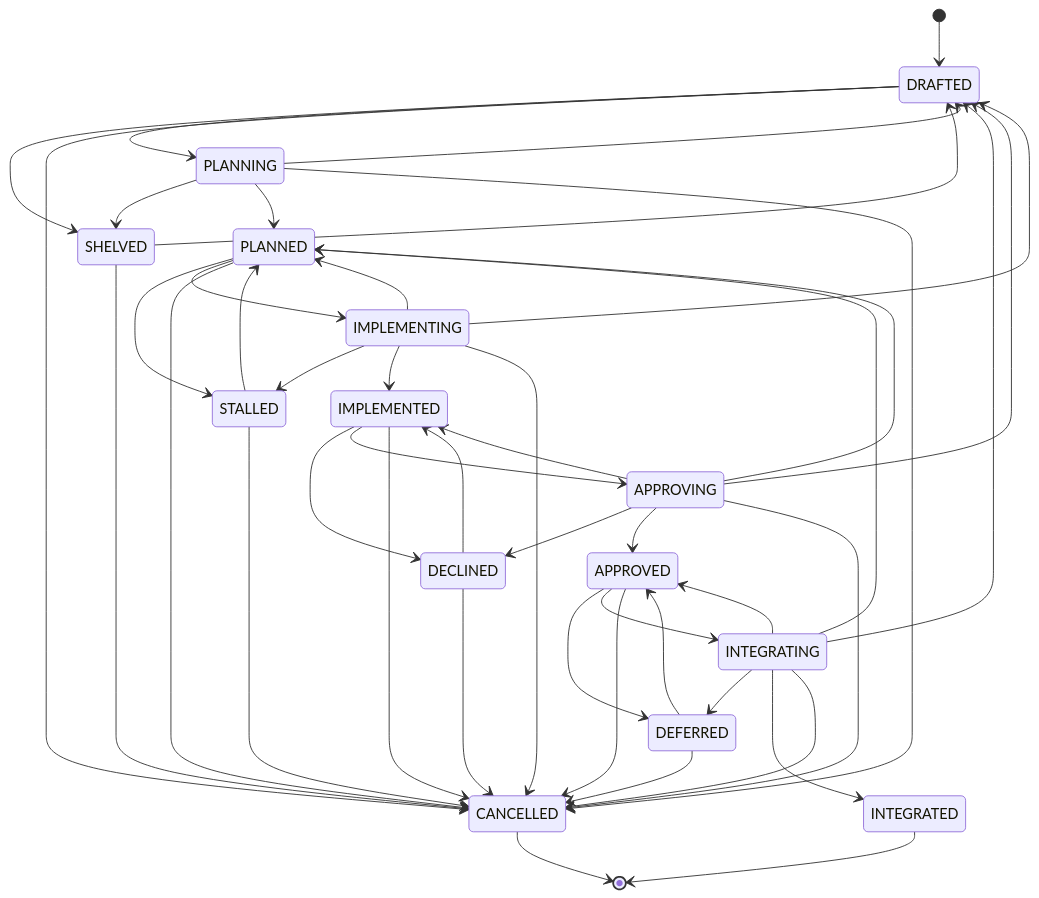
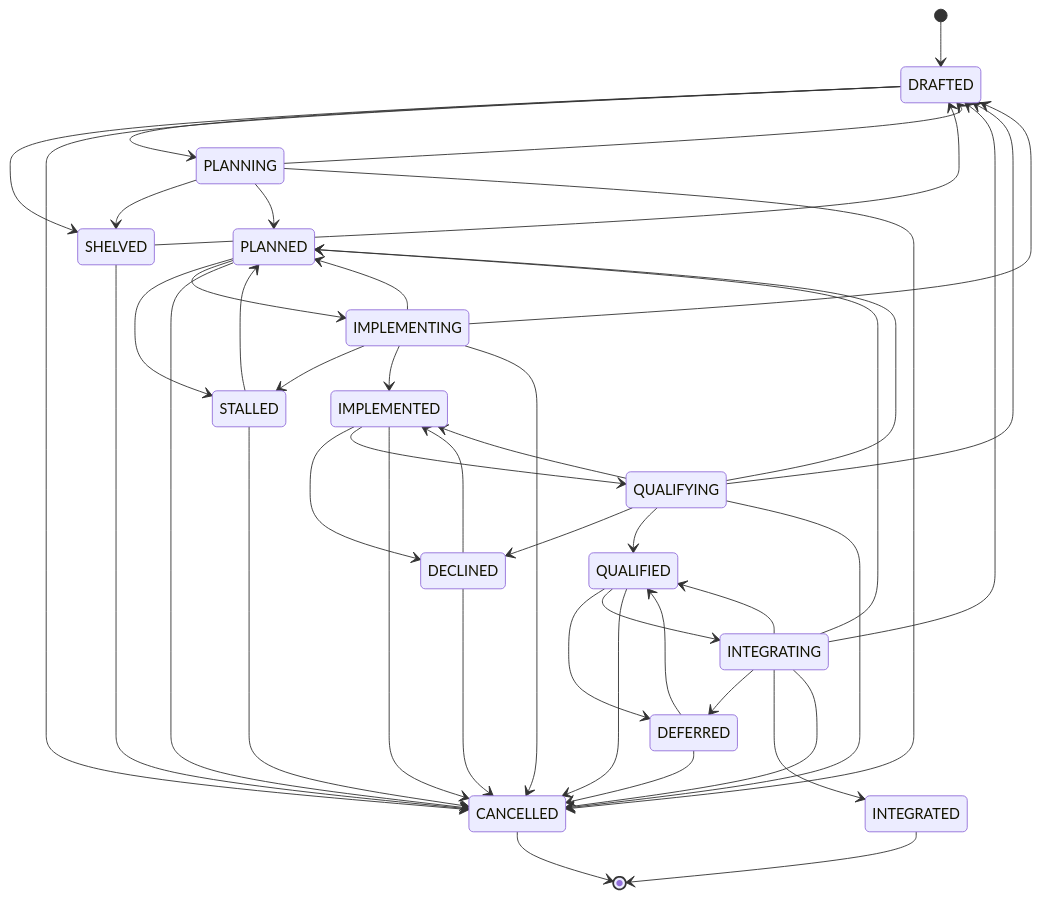
One commit to Brusdeylins/ase changed the third of 3 diagrams in plugin/meta/ase-format-task.md. Above: the diagram before and after it, drawn with Mermaid. The commit also changed other lines of this file and 36 other files, not shown here.

````diff
--- a/plugin/meta/ase-format-task.md
+++ b/plugin/meta/ase-format-task.md
@@ -568,54 +568,54 @@
 ```mermaid
 stateDiagram-v2
     [*]          --> DRAFTED
     DRAFTED      --> SHELVED
     SHELVED      --> DRAFTED
     DRAFTED      --> PLANNING
     PLANNING     --> DRAFTED
     PLANNING     --> SHELVED
 
     PLANNING     --> PLANNED
     PLANNED      --> STALLED
     STALLED      --> PLANNED
     PLANNED      --> IMPLEMENTING
     IMPLEMENTING --> PLANNED
     IMPLEMENTING --> STALLED
 
     IMPLEMENTING --> IMPLEMENTED
     IMPLEMENTED  --> DECLINED
     DECLINED     --> IMPLEMENTED
-    IMPLEMENTED  --> APPROVING
-    APPROVING    --> IMPLEMENTED
-    APPROVING    --> DECLINED
+    IMPLEMENTED  --> QUALIFYING
+    QUALIFYING   --> IMPLEMENTED
+    QUALIFYING   --> DECLINED
 
-    APPROVING    --> APPROVED
-    APPROVED     --> DEFERRED
-    DEFERRED     --> APPROVED
-    APPROVED     --> INTEGRATING
-    INTEGRATING  --> APPROVED
+    QUALIFYING   --> QUALIFIED
+    QUALIFIED    --> DEFERRED
+    DEFERRED     --> QUALIFIED
+    QUALIFIED    --> INTEGRATING
+    INTEGRATING  --> QUALIFIED
     INTEGRATING  --> DEFERRED
 
     INTEGRATING  --> INTEGRATED
 
     IMPLEMENTING --> DRAFTED
-    APPROVING    --> DRAFTED
-    APPROVING    --> PLANNED
+    QUALIFYING   --> DRAFTED
+    QUALIFYING   --> PLANNED
     INTEGRATING  --> DRAFTED
     INTEGRATING  --> PLANNED
 
     DRAFTED      --> CANCELLED
     SHELVED      --> CANCELLED
     PLANNING     --> CANCELLED
     PLANNED      --> CANCELLED
     STALLED      --> CANCELLED
     IMPLEMENTING --> CANCELLED
     IMPLEMENTED  --> CANCELLED
     DECLINED     --> CANCELLED
-    APPROVING    --> CANCELLED
-    APPROVED     --> CANCELLED
+    QUALIFYING   --> CANCELLED
+    QUALIFIED    --> CANCELLED
     DEFERRED     --> CANCELLED
     INTEGRATING  --> CANCELLED
 
     INTEGRATED   --> [*]
     CANCELLED    --> [*]
 ```
````
